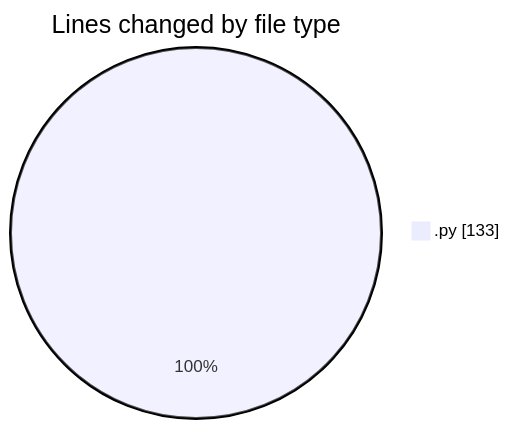
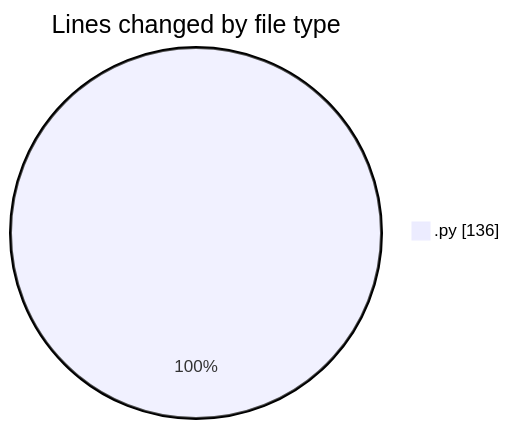
The first of 2 diagrams in 2025-04-20/myws__workspace_/README.md (MatusMokan/code-tracking), drawn with Mermaid before and after one commit. The commit also changed other lines of this file and 1 other file, not shown here.

````diff
--- a/2025-04-20/myws__workspace_/README.md
+++ b/2025-04-20/myws__workspace_/README.md
@@ -21,5 +21,5 @@
 ```mermaid
 pie showData
 title Lines changed by file type
-".py" : 133
+".py" : 136
 ```
````
